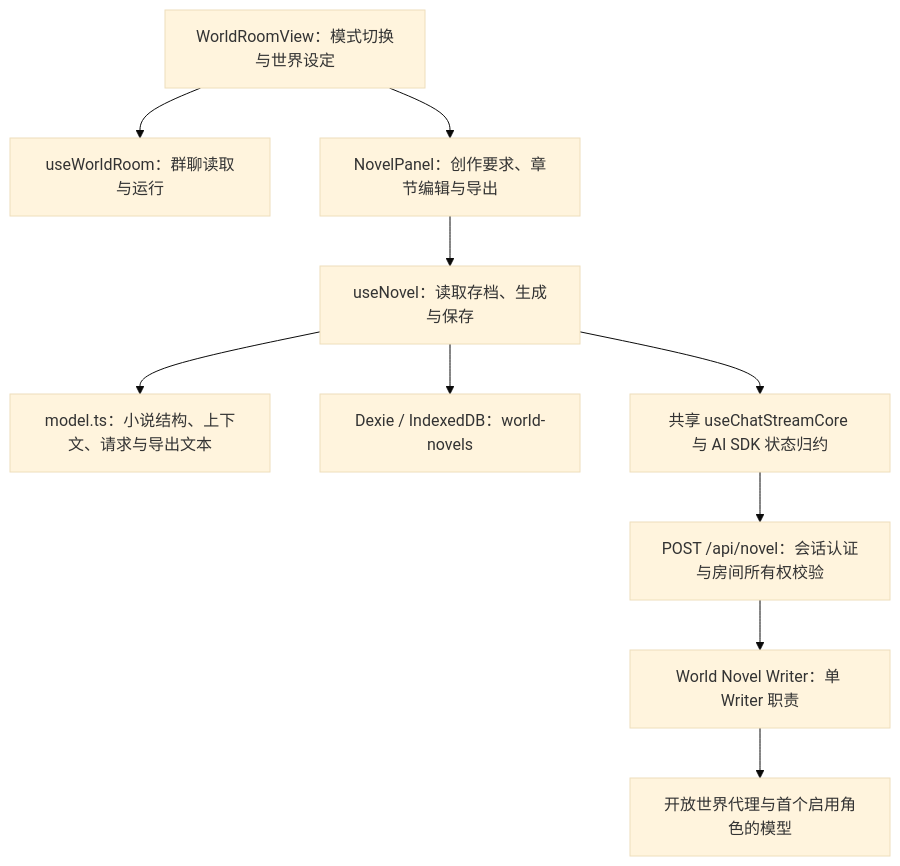
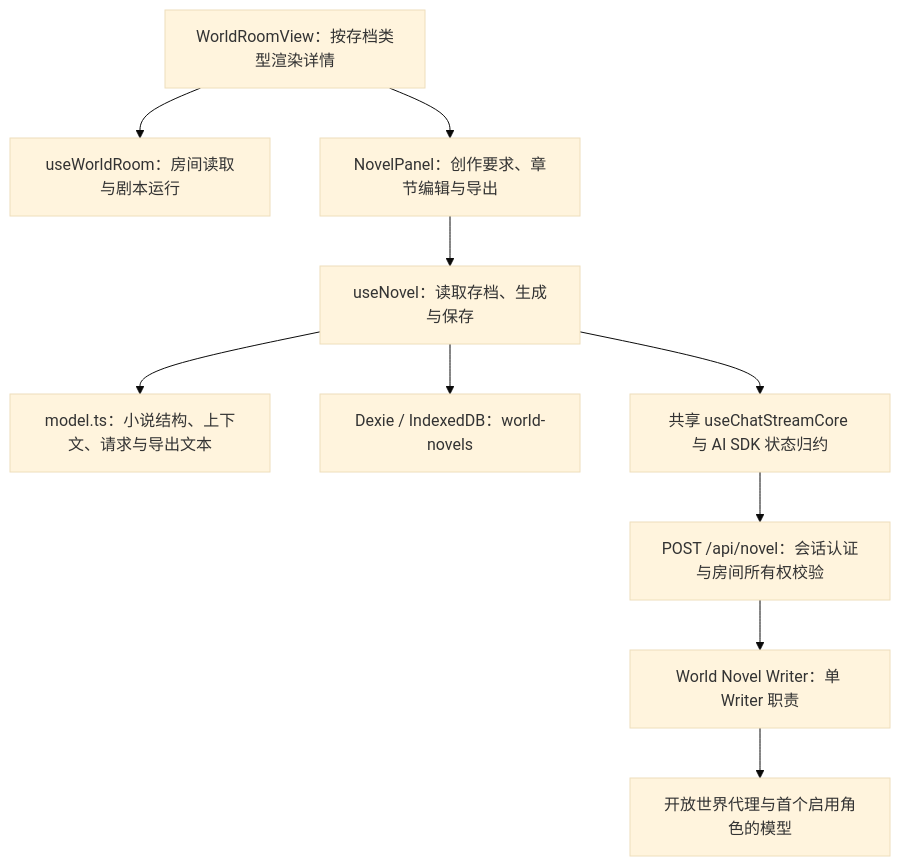
Before and after one commit to marvin-season/landing-page: the first of 2 diagrams in docs/novel-mode.md, drawn with Mermaid (base theme). The commit also changed other lines of this file and 25 other files, not shown here.

````diff
--- a/docs/novel-mode.md
+++ b/docs/novel-mode.md
@@ -26,12 +26,12 @@
 ```mermaid
 flowchart TD
-  Room[WorldRoomView：模式切换与世界设定] --> Chat[useWorldRoom：群聊读取与运行]
+  Room[WorldRoomView：按存档类型渲染详情] --> Chat[useWorldRoom：房间读取与剧本运行]
   Room --> Panel[NovelPanel：创作要求、章节编辑与导出]
   Panel --> Hook[useNovel：读取存档、生成与保存]
   Hook --> Model[model.ts：小说结构、上下文、请求与导出文本]
   Hook --> Store[Dexie / IndexedDB：world-novels]
   Hook --> Core[共享 useChatStreamCore 与 AI SDK 状态归约]
   Core --> API[POST /api/novel：会话认证与房间所有权校验]
   API --> Writer[World Novel Writer：单 Writer 职责]
   Writer --> LLM[开放世界代理与首个启用角色的模型]
 ```
````
